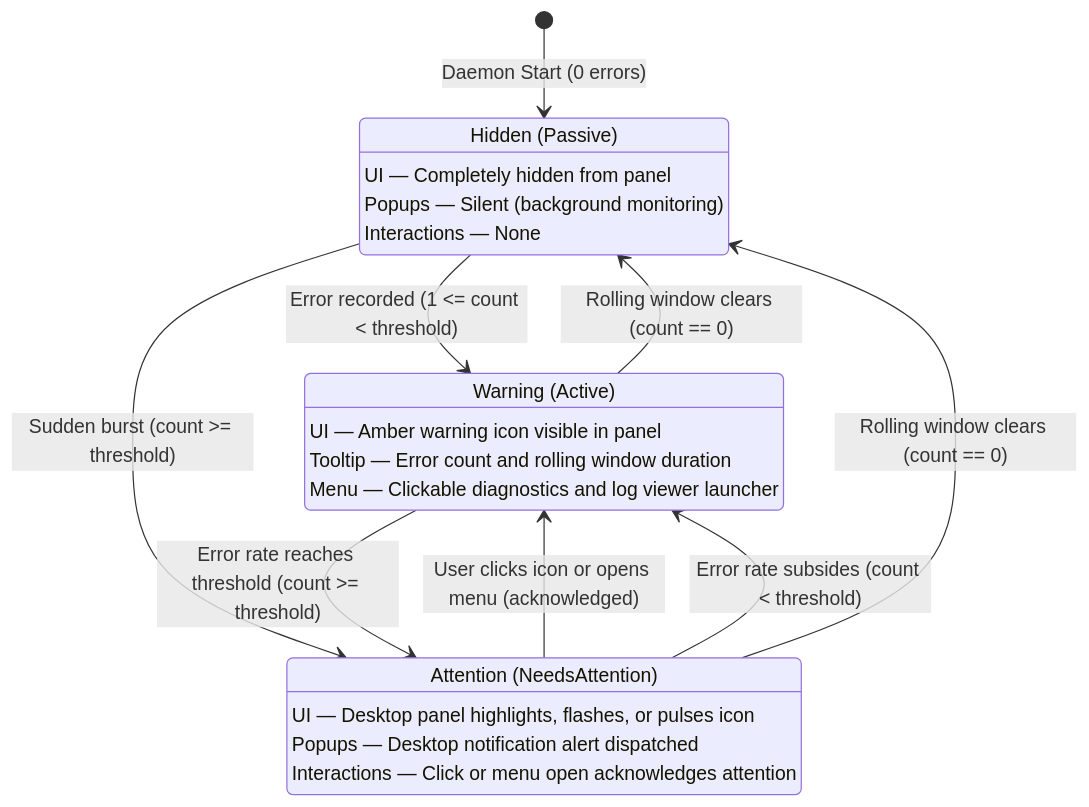
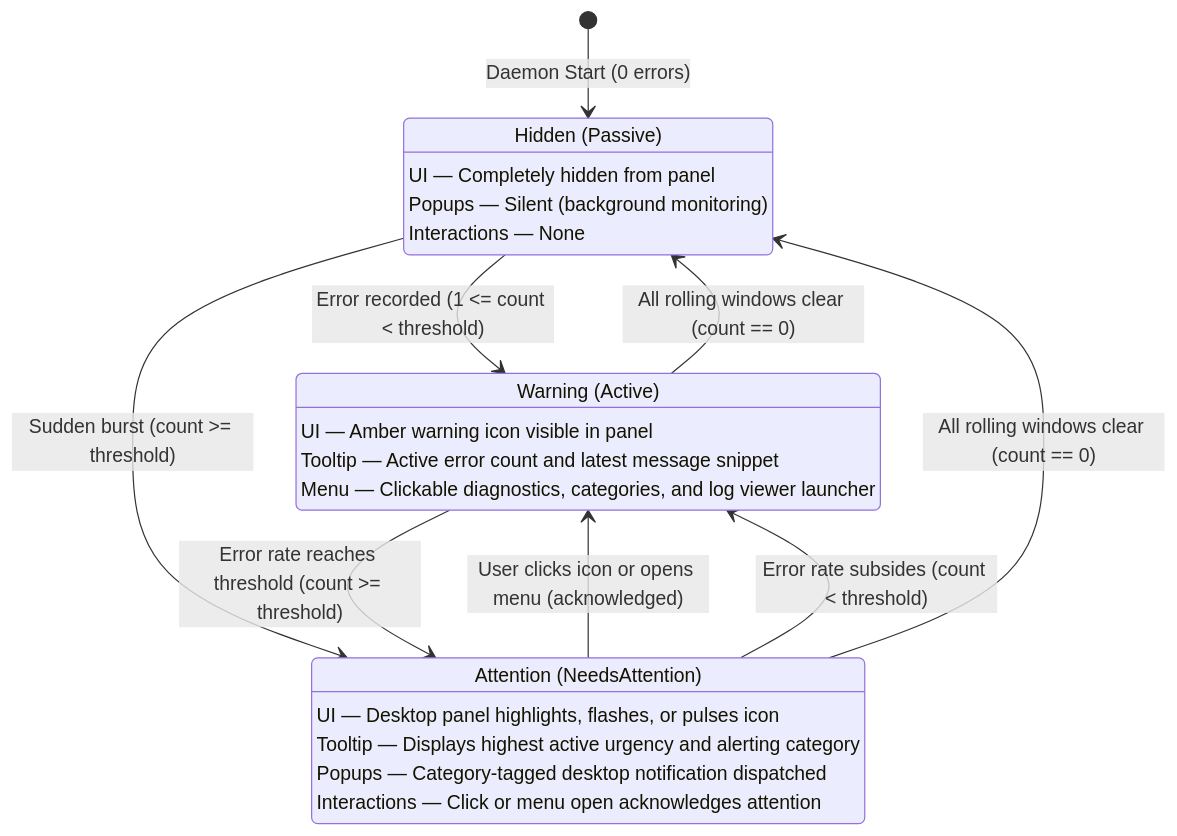
One commit to comicdeed/scurrytail changed the diagram in docs/user-guide.md. Above: the diagram before and after it, drawn with Mermaid. The commit also changed other lines of this file and 11 other files, not shown here.

````diff
--- a/docs/user-guide.md
+++ b/docs/user-guide.md
@@ -21,30 +26,31 @@
 ```mermaid
 stateDiagram-v2
     [*] --> Passive: Daemon Start (0 errors)
 
     state "Hidden (Passive)" as Passive
     Passive : UI — Completely hidden from panel
     Passive : Popups — Silent (background monitoring)
     Passive : Interactions — None
 
     state "Warning (Active)" as Active
     Active : UI — Amber warning icon visible in panel
-    Active : Tooltip — Error count and rolling window duration
-    Active : Menu — Clickable diagnostics and log viewer launcher
+    Active : Tooltip — Active error count and latest message snippet
+    Active : Menu — Clickable diagnostics, categories, and log viewer launcher
 
     state "Attention (NeedsAttention)" as NeedsAttention
     NeedsAttention : UI — Desktop panel highlights, flashes, or pulses icon
-    NeedsAttention : Popups — Desktop notification alert dispatched
+    NeedsAttention : Tooltip — Displays highest active urgency and alerting category
+    NeedsAttention : Popups — Category-tagged desktop notification dispatched
     NeedsAttention : Interactions — Click or menu open acknowledges attention
 
     Passive --> Active : Error recorded (1 <= count < threshold)
     Passive --> NeedsAttention : Sudden burst (count >= threshold)
 
     Active --> NeedsAttention : Error rate reaches threshold (count >= threshold)
 
     NeedsAttention --> Active : User clicks icon or opens menu (acknowledged)
     NeedsAttention --> Active : Error rate subsides (count < threshold)
 
-    Active --> Passive : Rolling window clears (count == 0)
-    NeedsAttention --> Passive : Rolling window clears (count == 0)
+    Active --> Passive : All rolling windows clear (count == 0)
+    NeedsAttention --> Passive : All rolling windows clear (count == 0)
 ```
````
